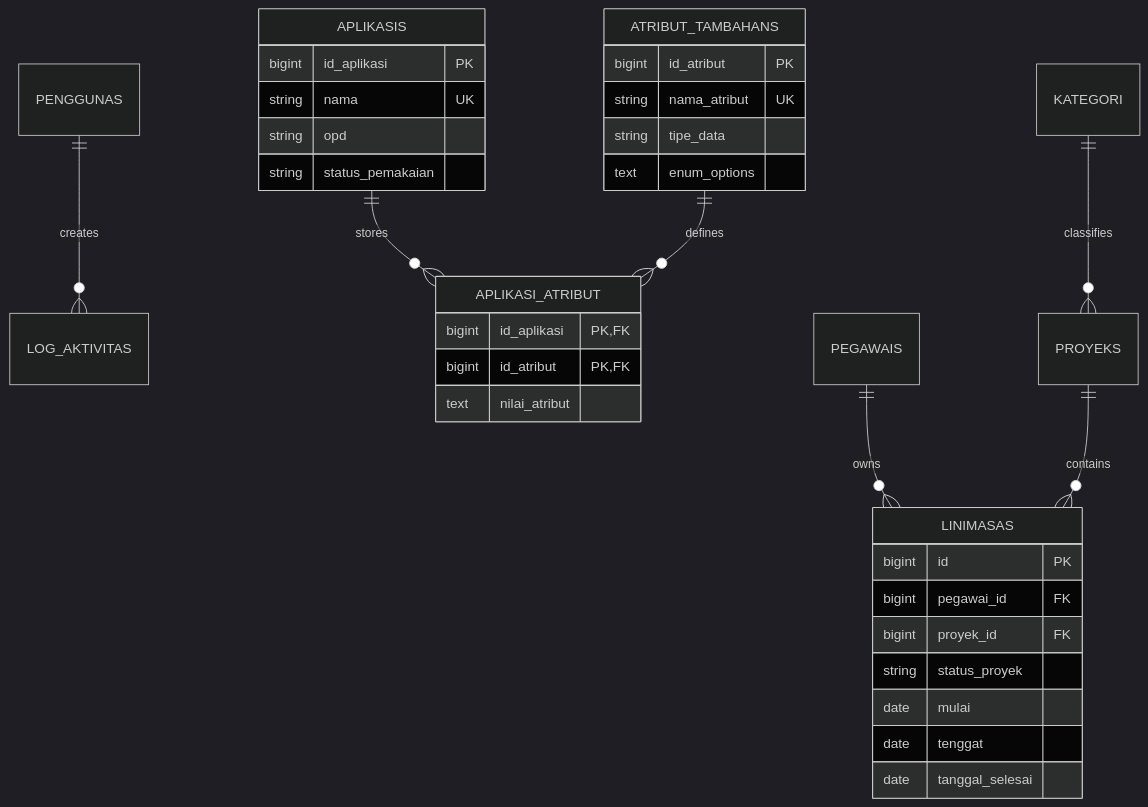
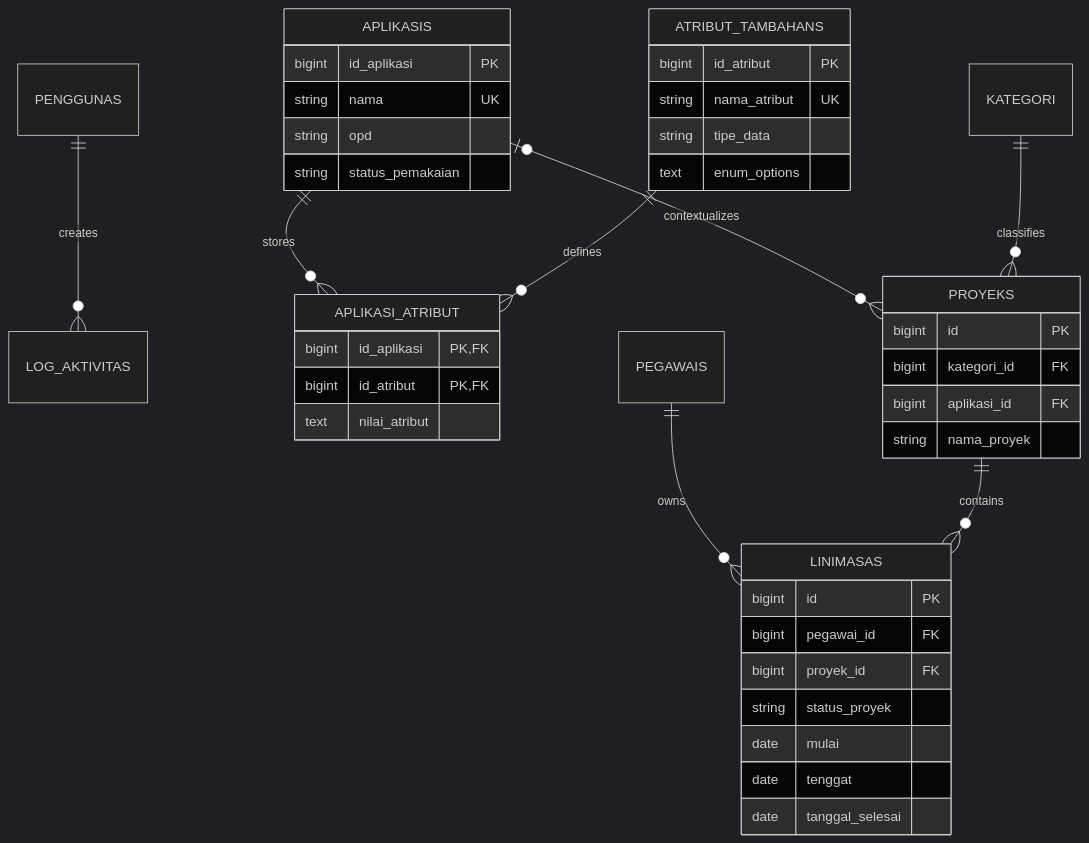
The diagram in docs/data-model.md (abiekaputra/simonika), drawn with Mermaid (dark theme) before and after one commit. The commit also changed other lines of this file and 24 other files, not shown here.

````diff
--- a/docs/data-model.md
+++ b/docs/data-model.md
@@ -3,36 +3,43 @@
 ```mermaid
 erDiagram
     PENGGUNAS ||--o{ LOG_AKTIVITAS : creates
     APLIKASIS ||--o{ APLIKASI_ATRIBUT : stores
     ATRIBUT_TAMBAHANS ||--o{ APLIKASI_ATRIBUT : defines
+    APLIKASIS o|--o{ PROYEKS : contextualizes
     PEGAWAIS ||--o{ LINIMASAS : owns
     PROYEKS ||--o{ LINIMASAS : contains
     KATEGORI ||--o{ PROYEKS : classifies
 
     APLIKASIS {
         bigint id_aplikasi PK
         string nama UK
         string opd
         string status_pemakaian
     }
     ATRIBUT_TAMBAHANS {
         bigint id_atribut PK
         string nama_atribut UK
         string tipe_data
         text enum_options
     }
     APLIKASI_ATRIBUT {
         bigint id_aplikasi PK,FK
         bigint id_atribut PK,FK
         text nilai_atribut
     }
     LINIMASAS {
         bigint id PK
         bigint pegawai_id FK
         bigint proyek_id FK
         string status_proyek
         date mulai
         date tenggat
         date tanggal_selesai
     }
+    PROYEKS {
+        bigint id PK
+        bigint kategori_id FK
+        bigint aplikasi_id FK
+        string nama_proyek
+    }
 ```
````
